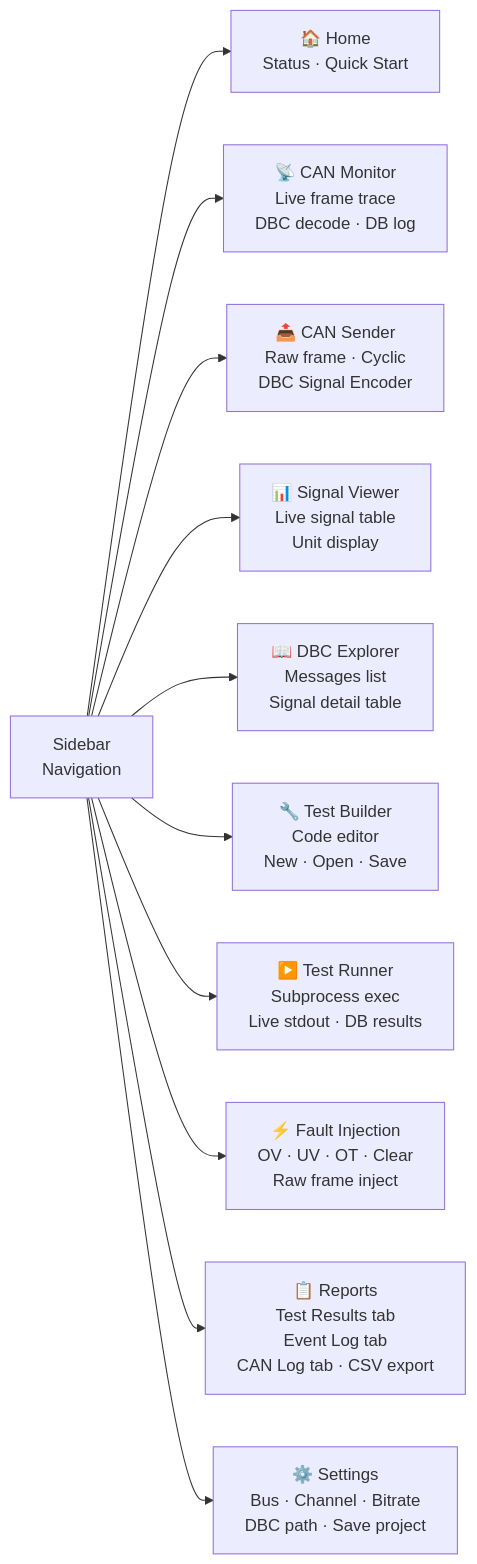
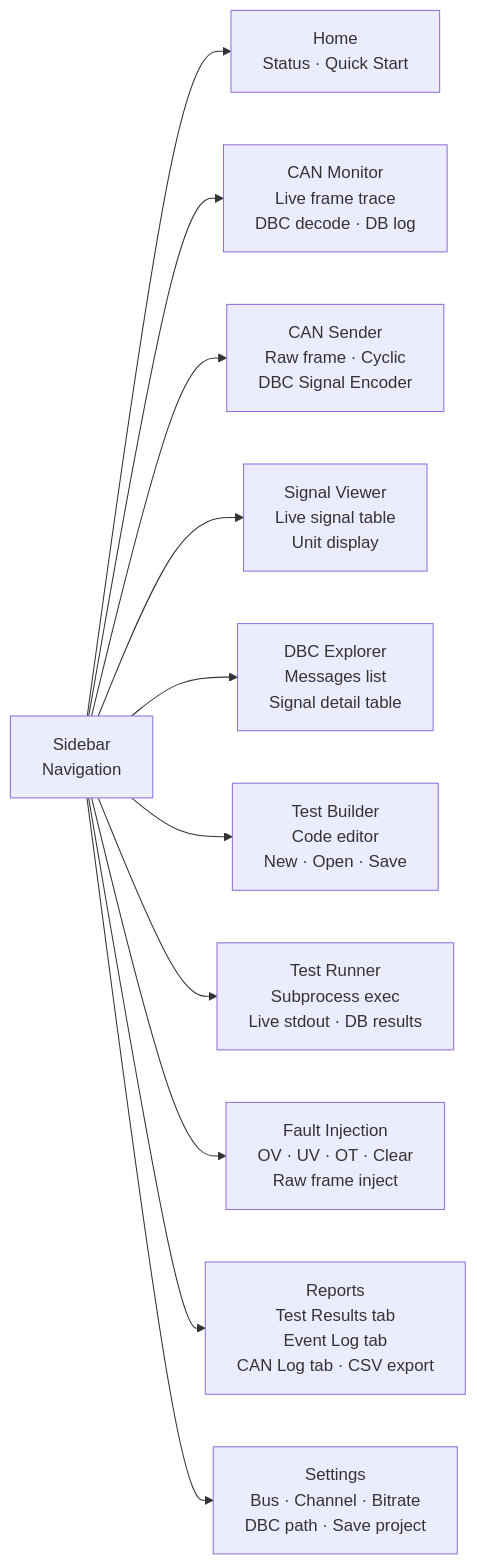
The fifth of 18 diagrams in README.md (PriyanshuKSharma/AutoTestStudio), drawn with Mermaid before and after one commit. The commit also changed other lines of this file and 1 other file, not shown here.

Commit message:
style: replace emojis with professional Unicode symbols in sidebar nav and README diagrams

````diff
--- a/README.md
+++ b/README.md
@@ -182,13 +182,13 @@
 ```mermaid
 graph LR
-    NAV["Sidebar\nNavigation"] --> HOME["🏠 Home\nStatus · Quick Start"]
-    NAV --> MON["📡 CAN Monitor\nLive frame trace\nDBC decode · DB log"]
-    NAV --> SND["📤 CAN Sender\nRaw frame · Cyclic\nDBC Signal Encoder"]
-    NAV --> SIG["📊 Signal Viewer\nLive signal table\nUnit display"]
-    NAV --> DBCE["📖 DBC Explorer\nMessages list\nSignal detail table"]
-    NAV --> TB["🔧 Test Builder\nCode editor\nNew · Open · Save"]
-    NAV --> TR["▶️ Test Runner\nSubprocess exec\nLive stdout · DB results"]
-    NAV --> FI["⚡ Fault Injection\nOV · UV · OT · Clear\nRaw frame inject"]
-    NAV --> RPT["📋 Reports\nTest Results tab\nEvent Log tab\nCAN Log tab · CSV export"]
-    NAV --> SET["⚙️ Settings\nBus · Channel · Bitrate\nDBC path · Save project"]
+    NAV["Sidebar\nNavigation"] --> HOME["Home\nStatus · Quick Start"]
+    NAV --> MON["CAN Monitor\nLive frame trace\nDBC decode · DB log"]
+    NAV --> SND["CAN Sender\nRaw frame · Cyclic\nDBC Signal Encoder"]
+    NAV --> SIG["Signal Viewer\nLive signal table\nUnit display"]
+    NAV --> DBCE["DBC Explorer\nMessages list\nSignal detail table"]
+    NAV --> TB["Test Builder\nCode editor\nNew · Open · Save"]
+    NAV --> TR["Test Runner\nSubprocess exec\nLive stdout · DB results"]
+    NAV --> FI["Fault Injection\nOV · UV · OT · Clear\nRaw frame inject"]
+    NAV --> RPT["Reports\nTest Results tab\nEvent Log tab\nCAN Log tab · CSV export"]
+    NAV --> SET["Settings\nBus · Channel · Bitrate\nDBC path · Save project"]
 ```
````
